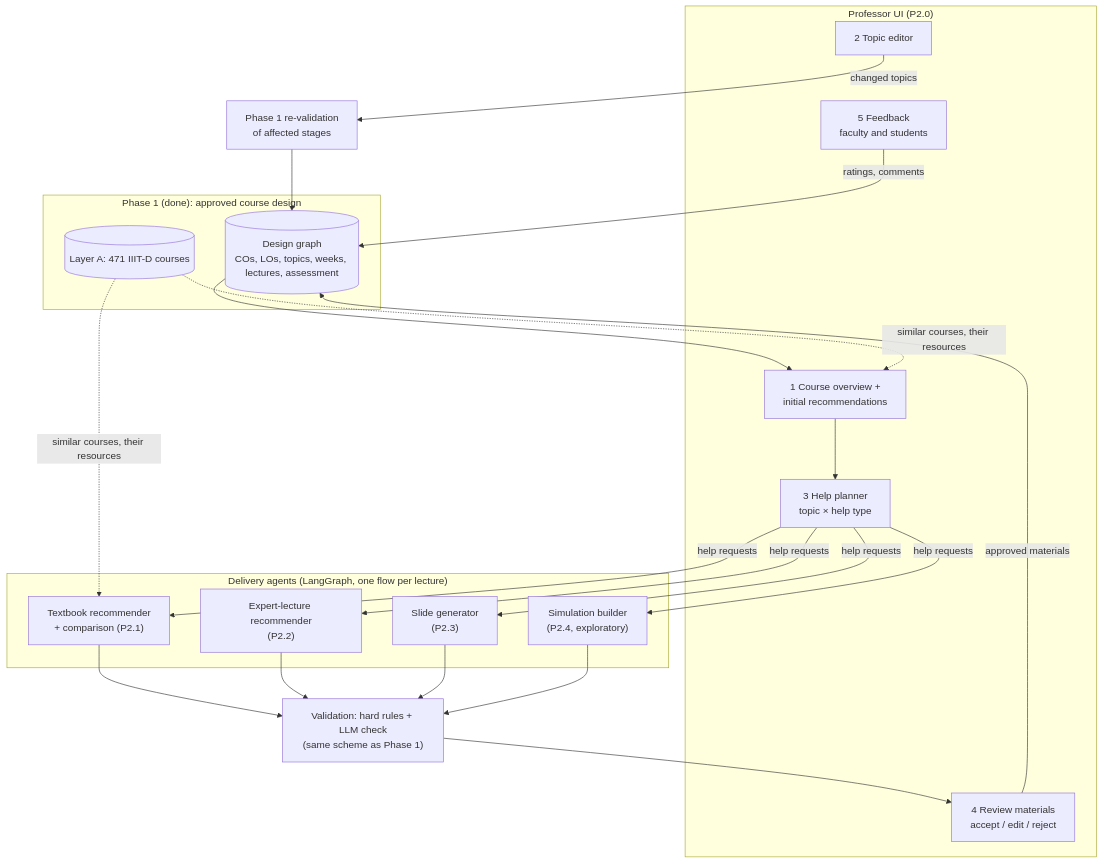
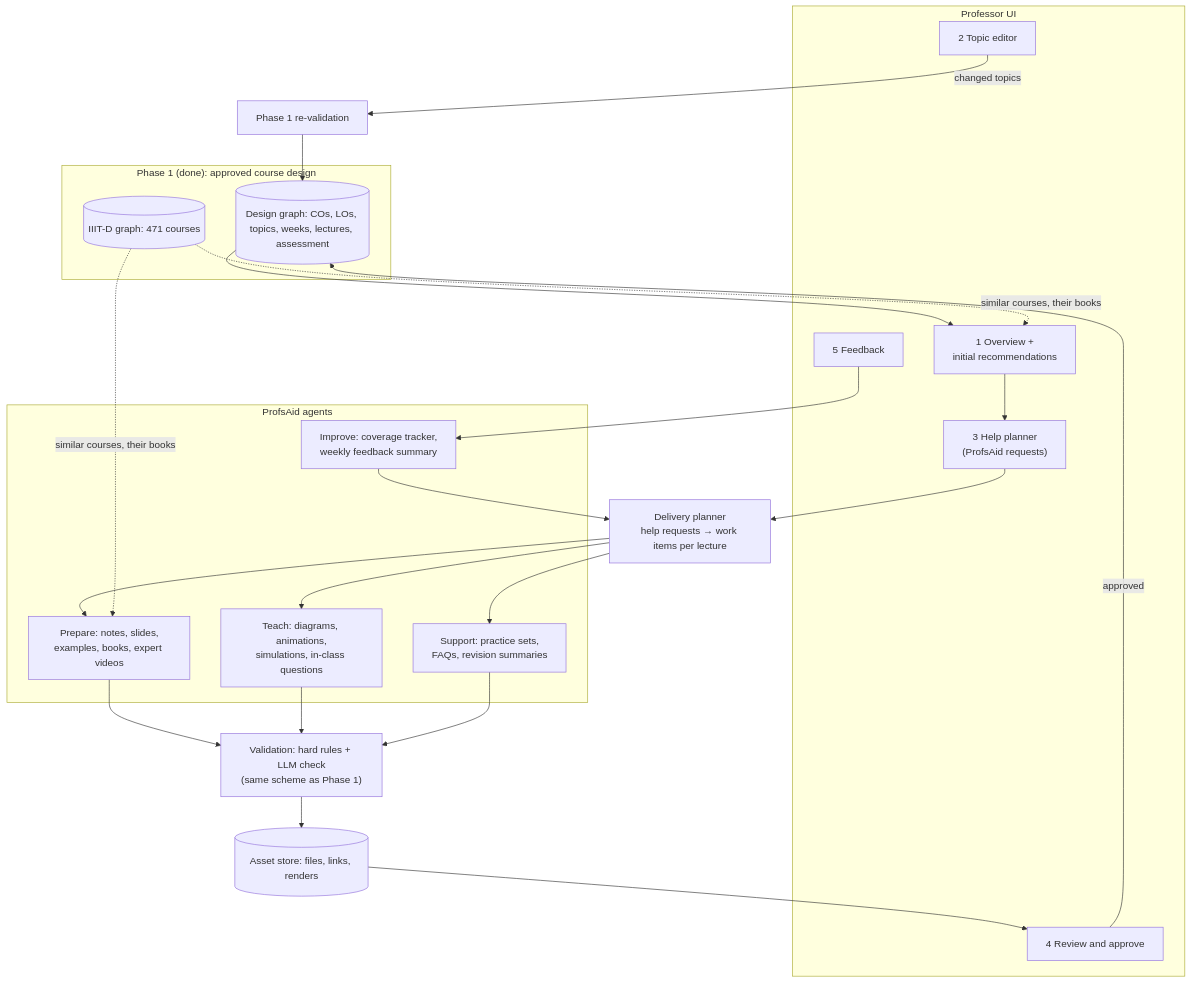
The diagram in docs/02_phase2_architecture.md (ami4go/ProfsAgent), drawn with Mermaid before and after one commit. The commit also changed other lines of this file, not shown here.

Commit message:
docs: Phase 2 architecture v0.2 — ProfsAid catalogue, simulations and visuals research, components, data model, tools, plan

````diff
--- a/docs/02_phase2_architecture.md
+++ b/docs/02_phase2_architecture.md
@@ -32,32 +34,34 @@
 ```mermaid
 flowchart TD
   subgraph P1["Phase 1 (done): approved course design"]
-    DG[("Design graph<br/>COs, LOs, topics, weeks, lectures, assessment")]
-    KGA[("Layer A: 471 IIIT-D courses")]
+    DG[("Design graph: COs, LOs, topics, weeks, lectures, assessment")]
+    KGA[("IIIT-D graph: 471 courses")]
   end
 
-  subgraph UI["Professor UI (P2.0)"]
-    OV["1 Course overview +<br/>initial recommendations"]
+  subgraph UI["Professor UI"]
+    OV["1 Overview +<br/>initial recommendations"]
     TE["2 Topic editor"]
-    HP["3 Help planner<br/>topic × help type"]
-    RV["4 Review materials<br/>accept / edit / reject"]
-    FB["5 Feedback<br/>faculty and students"]
+    HP["3 Help planner<br/>(ProfsAid requests)"]
+    RV["4 Review and approve"]
+    FB["5 Feedback"]
   end
 
-  subgraph AG["Delivery agents (LangGraph, one flow per lecture)"]
-    TB["Textbook recommender<br/>+ comparison (P2.1)"]
-    EL["Expert-lecture recommender<br/>(P2.2)"]
-    SL["Slide generator<br/>(P2.3)"]
-    SIM["Simulation builder<br/>(P2.4, exploratory)"]
+  PL["Delivery planner<br/>help requests → work items per lecture"]
+
+  subgraph AIDS["ProfsAid agents"]
+    PREP["Prepare: notes, slides,<br/>examples, books, expert videos"]
+    TEACH["Teach: diagrams, animations,<br/>simulations, in-class questions"]
+    SUPP["Support: practice sets,<br/>FAQs, revision summaries"]
+    IMPR["Improve: coverage tracker,<br/>weekly feedback summary"]
   end
 
   VAL["Validation: hard rules + LLM check<br/>(same scheme as Phase 1)"]
+  STORE[("Asset store: files, links, renders")]
 
-  DG --> OV --> HP
-  TE -- "changed topics" --> P1V["Phase 1 re-validation<br/>of affected stages"] --> DG
-  HP -- "help requests" --> TB & EL & SL & SIM
-  KGA -. "similar courses, their resources" .-> OV & TB
-  TB & EL & SL & SIM --> VAL --> RV
-  RV -- "approved materials" --> DG
-  FB -- "ratings, comments" --> DG
+  DG --> OV --> HP --> PL --> PREP & TEACH & SUPP
+  TE -- "changed topics" --> P1V["Phase 1 re-validation"] --> DG
+  KGA -. "similar courses, their books" .-> OV & PREP
+  PREP & TEACH & SUPP --> VAL --> STORE --> RV
+  RV -- "approved" --> DG
+  FB --> IMPR --> PL
 ```
````
